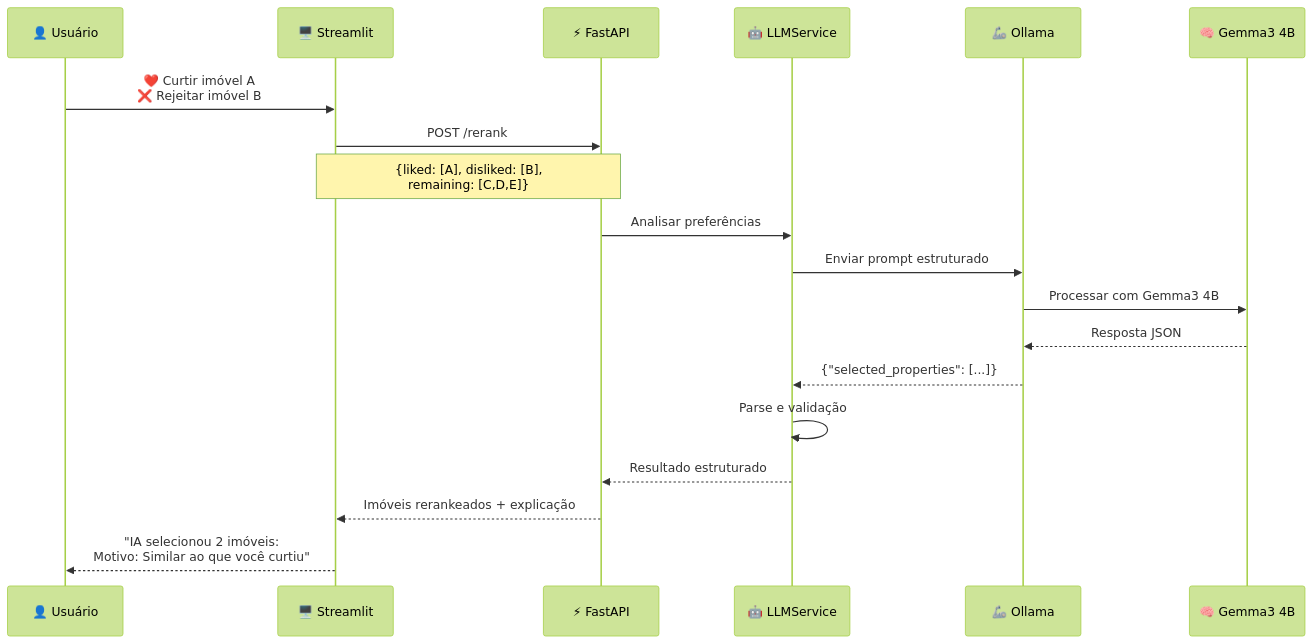
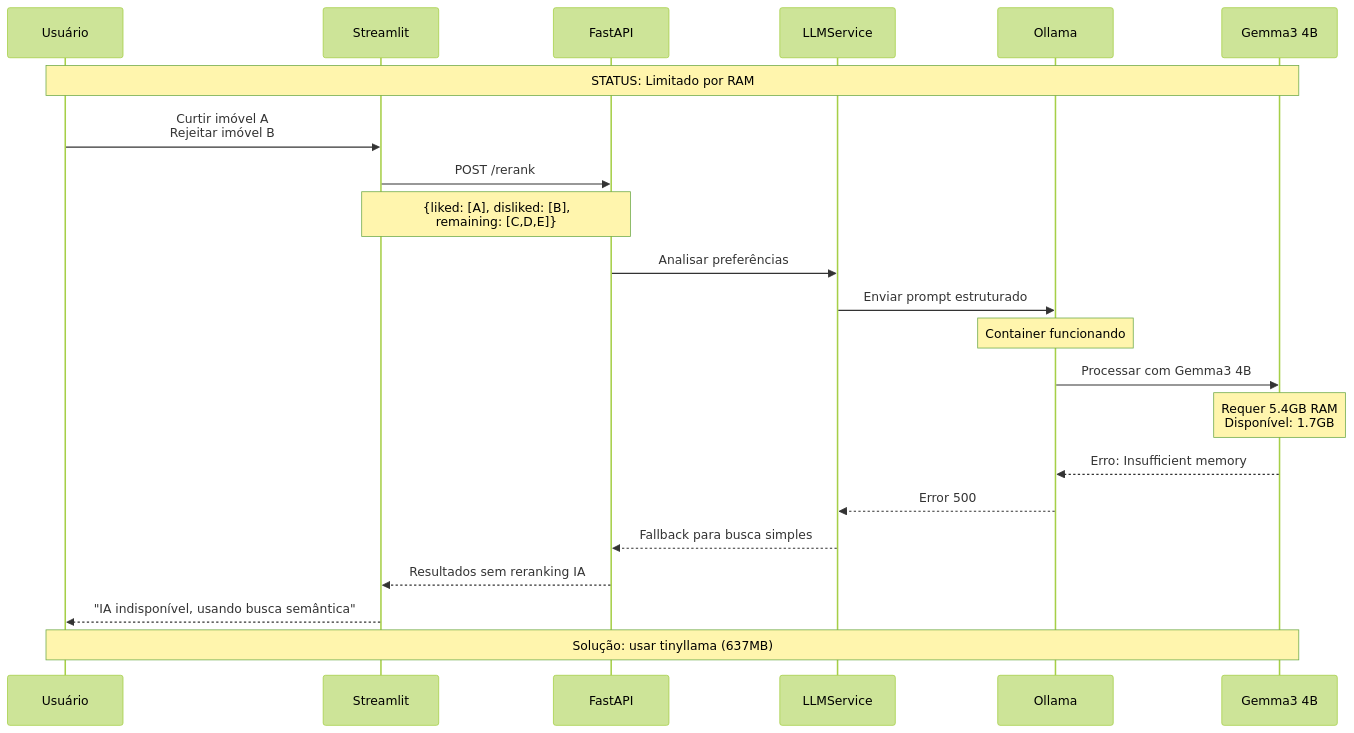
Before and after one commit to SPD-BES-2025-3/grupo1: the seventh of 10 diagrams in Diagramas/arquitetura.md, drawn with Mermaid (forest theme). The commit also changed other lines of this file and 8 other files, not shown here.

````diff
--- a/Diagramas/arquitetura.md
+++ b/Diagramas/arquitetura.md
@@ -116,24 +261,28 @@
 ```mermaid
 sequenceDiagram
-    participant U as 👤 Usuário
-    participant ST as 🖥️ Streamlit
-    participant API as ⚡ FastAPI
-    participant LLM as 🤖 LLMService
-    participant OL as 🦾 Ollama
-    participant GM as 🧠 Gemma3 4B
+    participant U as Usuário
+    participant ST as Streamlit
+    participant API as FastAPI
+    participant LLM as LLMService
+    participant OL as Ollama
+    participant GM as Gemma3 4B
     
-    U->>ST: ❤️ Curtir imóvel A<br/>❌ Rejeitar imóvel B
+    Note over U,GM: STATUS: Limitado por RAM
+    U->>ST: Curtir imóvel A<br/>Rejeitar imóvel B
     ST->>API: POST /rerank
     Note over ST,API: {liked: [A], disliked: [B],<br/>remaining: [C,D,E]}
     
     API->>LLM: Analisar preferências
     LLM->>OL: Enviar prompt estruturado
+    Note over OL: Container funcionando
     OL->>GM: Processar com Gemma3 4B
-    GM-->>OL: Resposta JSON
-    OL-->>LLM: {"selected_properties": [...]}
-    LLM->>LLM: Parse e validação
-    LLM-->>API: Resultado estruturado
+    Note over GM: Requer 5.4GB RAM<br/>Disponível: 1.7GB
+    GM-->>OL: Erro: Insufficient memory
+    OL-->>LLM: Error 500
+    LLM-->>API: Fallback para busca simples
     
-    API-->>ST: Imóveis rerankeados + explicação
-    ST-->>U: "IA selecionou 2 imóveis:<br/>Motivo: Similar ao que você curtiu"
+    API-->>ST: Resultados sem reranking IA
+    ST-->>U: "IA indisponível, usando busca semântica"
+    
+    Note over U,GM: Solução: usar tinyllama (637MB)
 ```
````
